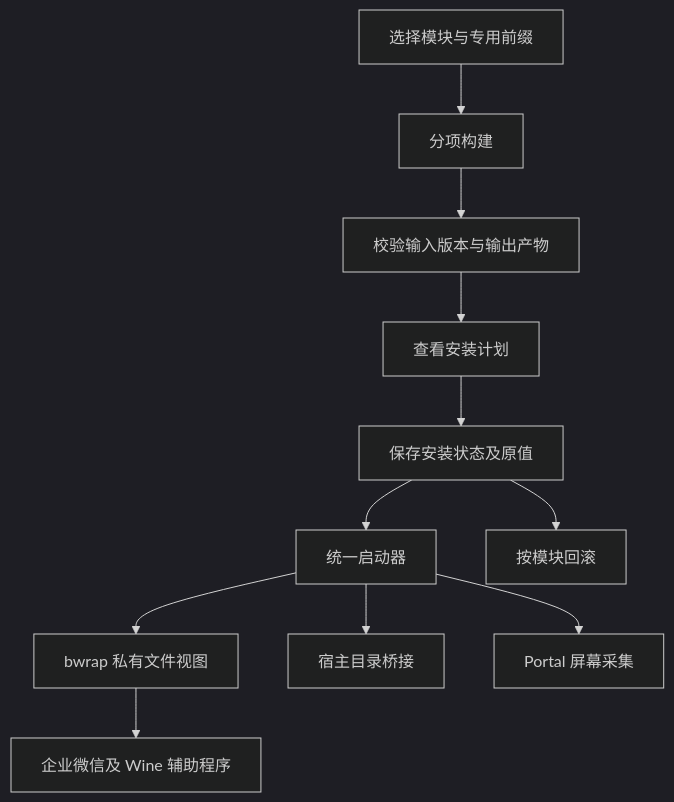
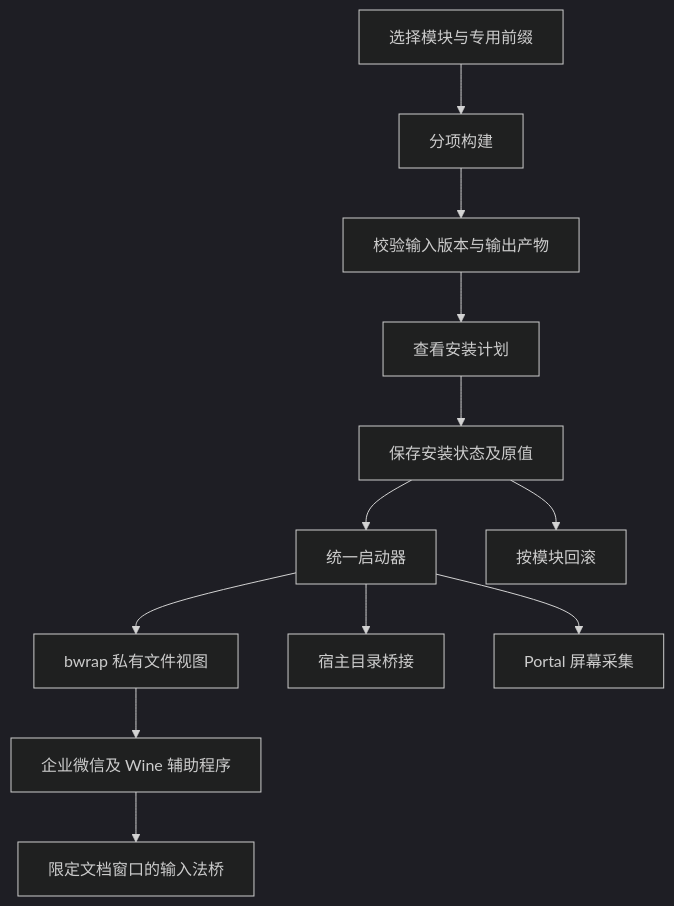
Before and after one commit to UsharbiSin/wecom-hyprland-fixes: the diagram in docs/architecture.md, drawn with Mermaid (dark theme). The commit also changed other lines of this file and 17 other files, not shown here.

````diff
--- a/docs/architecture.md
+++ b/docs/architecture.md
@@ -14,13 +14,14 @@
 ```mermaid
 flowchart TB
     A[选择模块与专用前缀] --> B[分项构建]
     B --> C[校验输入版本与输出产物]
     C --> D[查看安装计划]
     D --> E[保存安装状态及原值]
     E --> F[统一启动器]
     F --> G[bwrap 私有文件视图]
     G --> H[企业微信及 Wine 辅助程序]
     F --> I[宿主目录桥接]
     F --> J[Portal 屏幕采集]
+    H --> L[限定文档窗口的输入法桥]
     E --> K[按模块回滚]
 ```
````
